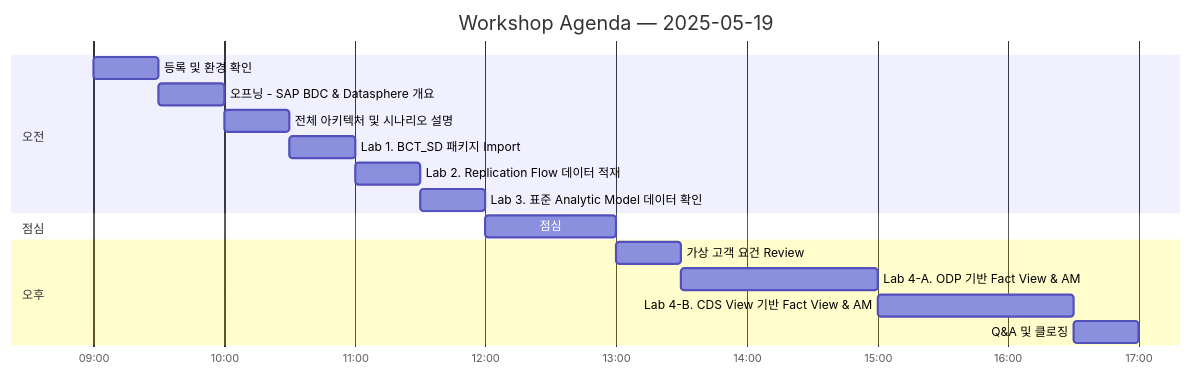
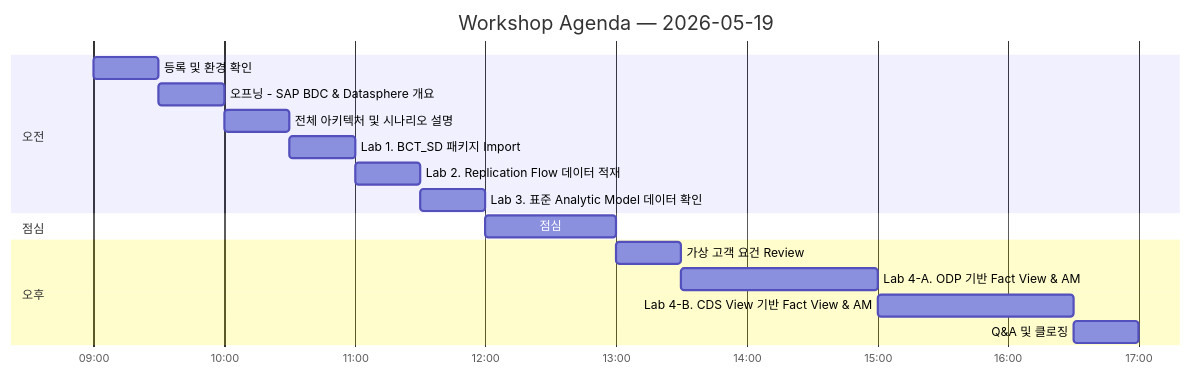
The diagram in README.md (youngseols925/sap-datasphere-bdc-workshop), drawn with Mermaid before and after one commit. The commit also changed other lines of this file, not shown here.

````diff
--- a/README.md
+++ b/README.md
@@ -44,23 +41,23 @@
 ```mermaid
 gantt
-    title Workshop Agenda — 2025-05-19
+    title Workshop Agenda — 2026-05-19
     dateFormat HH:mm
     axisFormat %H:%M
 
     section 오전
     등록 및 환경 확인                       : 09:00, 30m
     오프닝 - SAP BDC & Datasphere 개요      : 09:30, 30m
     전체 아키텍처 및 시나리오 설명           : 10:00, 30m
     Lab 1. BCT_SD 패키지 Import             : 10:30, 30m
     Lab 2. Replication Flow 데이터 적재     : 11:00, 30m
     Lab 3. 표준 Analytic Model 데이터 확인  : 11:30, 30m
 
     section 점심
     점심                                    : 12:00, 60m
 
     section 오후
     가상 고객 요건 Review                   : 13:00, 30m
     Lab 4-A. ODP 기반 Fact View & AM        : 13:30, 90m
     Lab 4-B. CDS View 기반 Fact View & AM   : 15:00, 90m
     Q&A 및 클로징                           : 16:30, 30m
 ```
````
